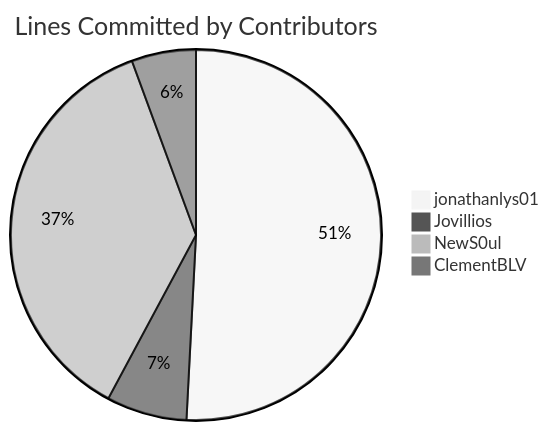
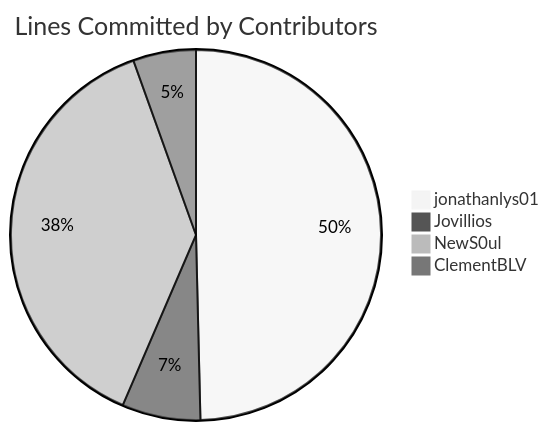
Before and after one commit to Jovillios/ProCom: the second of 2 diagrams in README.md, drawn with Mermaid (neutral theme).

Commit message:
Update KIKIMETER

````diff
--- a/README.md
+++ b/README.md
@@ -97,8 +97,8 @@
 ```mermaid
 pie
 title Lines Committed by Contributors
 "jonathanlys01" : 3376
 "Jovillios" : 466
-"NewS0ul" : 2428
+"NewS0ul" : 2589
 "ClementBLV" : 373
 ```
````
